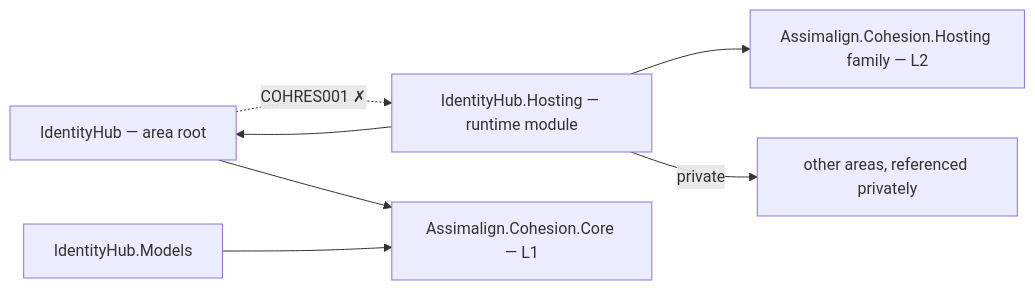
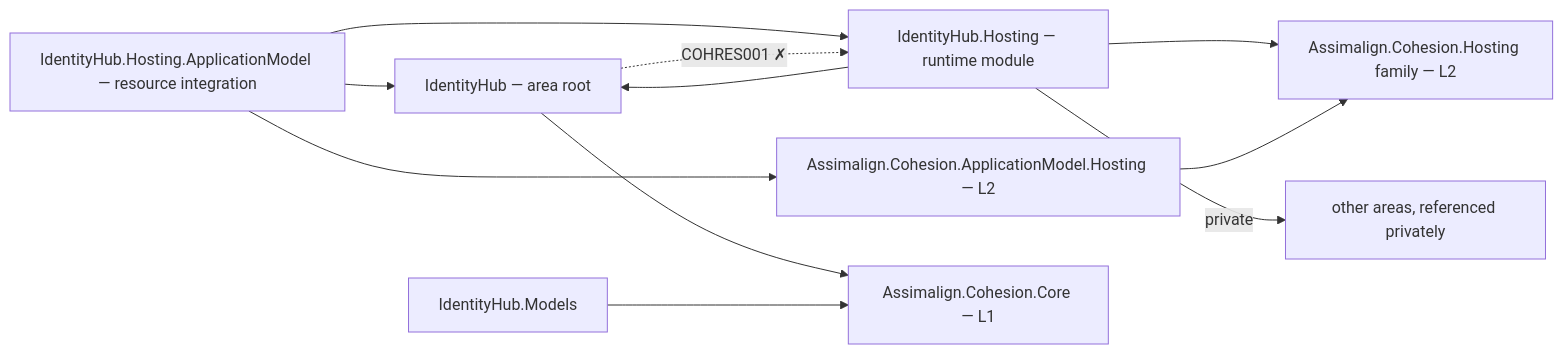
One commit to assimalign/cohesion changed the diagram in resources/IdentityHub/README.md. Above: the diagram before and after it, drawn with Mermaid. The commit also changed other lines of this file and 454 other files, not shown here.

First line of the commit message:
feat(resources): give every resource area a Hosting.ApplicationModel integration

````diff
--- a/resources/IdentityHub/README.md
+++ b/resources/IdentityHub/README.md
@@ -12,15 +12,21 @@
 ```mermaid
 flowchart LR
     P0["IdentityHub — area root"]
     P3["IdentityHub.Hosting — runtime module"]
+    PAM["IdentityHub.Hosting.ApplicationModel — resource integration"]
+    AMH["Assimalign.Cohesion.ApplicationModel.Hosting — L2"]
     P4["IdentityHub.Models"]
     CORE["Assimalign.Cohesion.Core — L1"]
     HOSTFAM["Assimalign.Cohesion.Hosting family — L2"]
     PRIV["other areas, referenced privately"]
     P0 --> CORE
     P3 --> HOSTFAM
     P3 --> P0
     P3 -->|"private"| PRIV
     P4 --> CORE
+    PAM --> P3
+    PAM --> P0
+    PAM --> AMH
+    AMH --> HOSTFAM
     P0 -.->|"COHRES001 ✗"| P3
 ```
````
